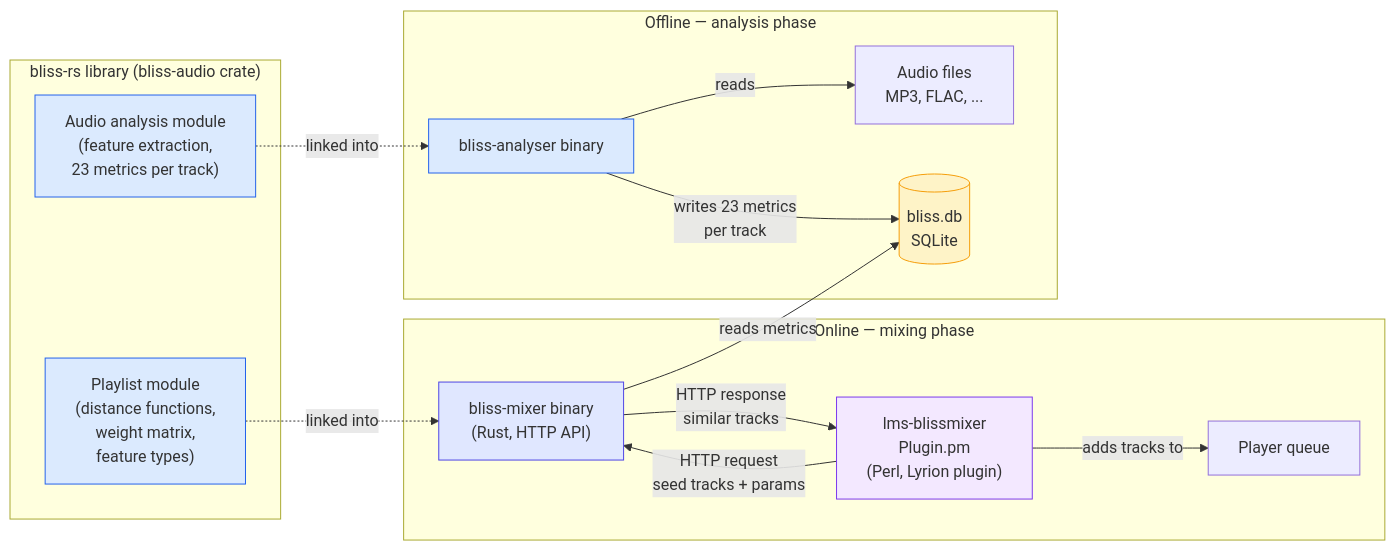
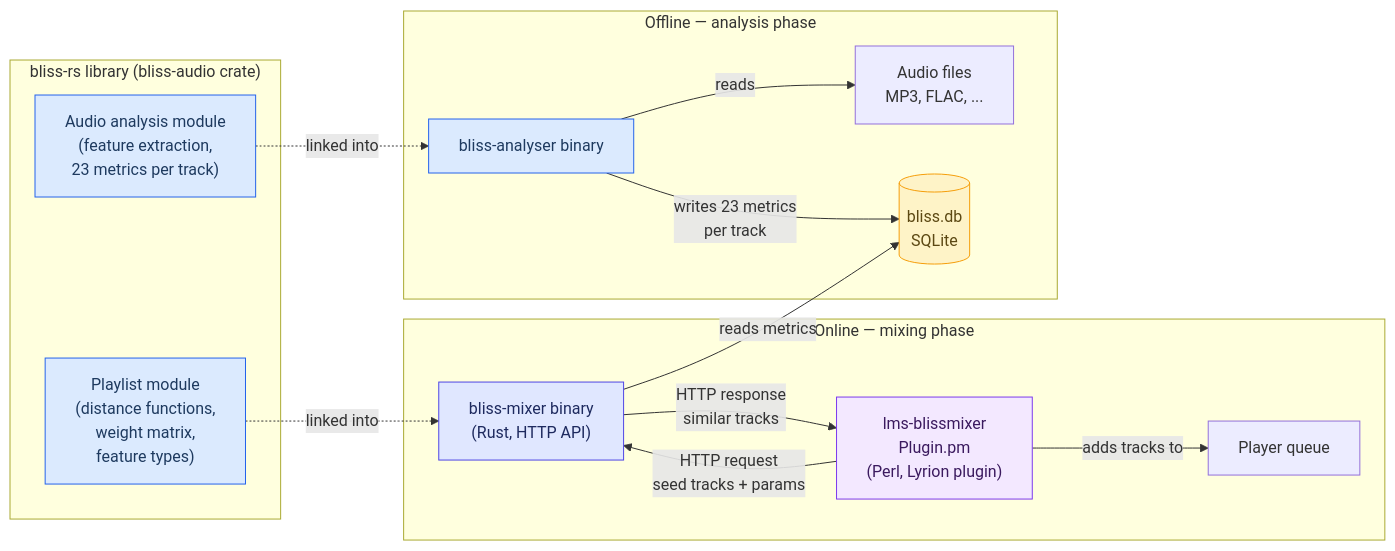
Before and after one commit to chrober/lms-blissmixer: the first of 4 diagrams in ALGORITHMS.md, drawn with Mermaid. The commit also changed other lines of this file and 1 other file, not shown here.

````diff
--- a/ALGORITHMS.md
+++ b/ALGORITHMS.md
@@ -14,29 +14,29 @@
 ```mermaid
 flowchart LR
     subgraph "bliss-rs library (bliss-audio crate)"
         B1["Audio analysis module<br/>(feature extraction,<br/>23 metrics per track)"]
         B2["Playlist module<br/>(distance functions,<br/>weight matrix,<br/>feature types)"]
     end
 
     subgraph "Offline — analysis phase"
         A["bliss-analyser binary"] -->|"reads"| M[Audio files<br/>MP3, FLAC, ...]
         A -->|"writes 23 metrics<br/>per track"| DB[(bliss.db<br/>SQLite)]
     end
 
     subgraph "Online — mixing phase"
         MX["bliss-mixer binary<br/>(Rust, HTTP API)"] -->|"reads metrics"| DB
         P["lms-blissmixer<br/>Plugin.pm<br/>(Perl, Lyrion plugin)"] -->|"HTTP request<br/>seed tracks + params"| MX
         MX -->|"HTTP response<br/>similar tracks"| P
         P -->|"adds tracks to"| Q[Player queue]
     end
 
     B1 -.->|"linked into"| A
     B2 -.->|"linked into"| MX
 
-    style B1 fill:#dbeafe,stroke:#2563eb
-    style B2 fill:#dbeafe,stroke:#2563eb
-    style DB fill:#fef3c7,stroke:#f59e0b
-    style A fill:#dbeafe,stroke:#2563eb
-    style MX fill:#e0e7ff,stroke:#4f46e5
-    style P fill:#f3e8ff,stroke:#7c3aed
+    style B1 fill:#dbeafe,stroke:#2563eb,color:#1e3a5f
+    style B2 fill:#dbeafe,stroke:#2563eb,color:#1e3a5f
+    style DB fill:#fef3c7,stroke:#f59e0b,color:#5c4813
+    style A fill:#dbeafe,stroke:#2563eb,color:#1e3a5f
+    style MX fill:#e0e7ff,stroke:#4f46e5,color:#1e2a5f
+    style P fill:#f3e8ff,stroke:#7c3aed,color:#3b1a5f
 ```
````
